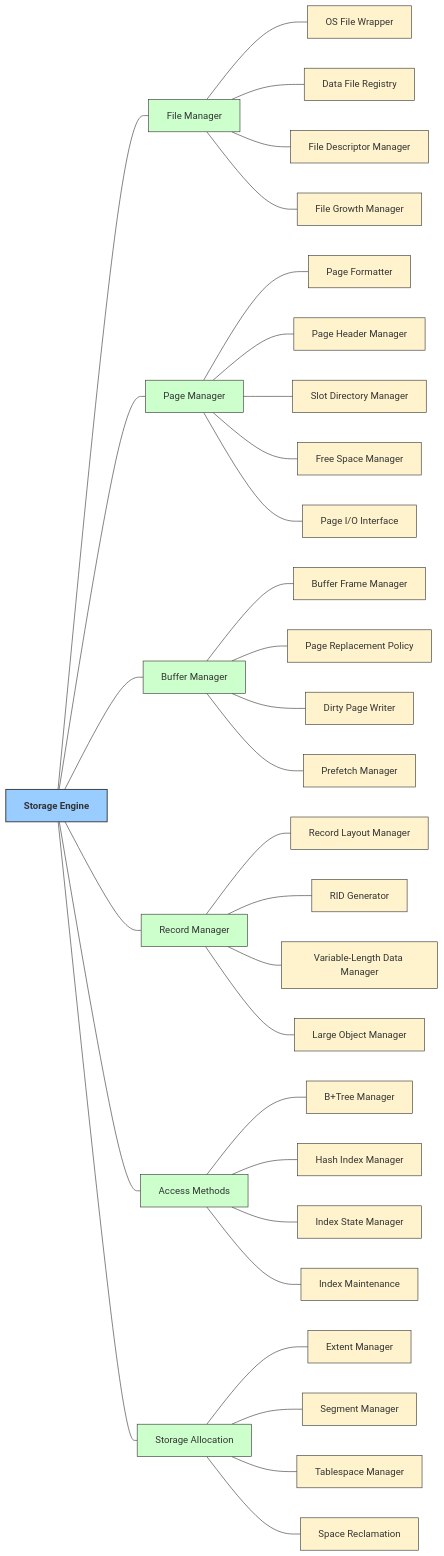
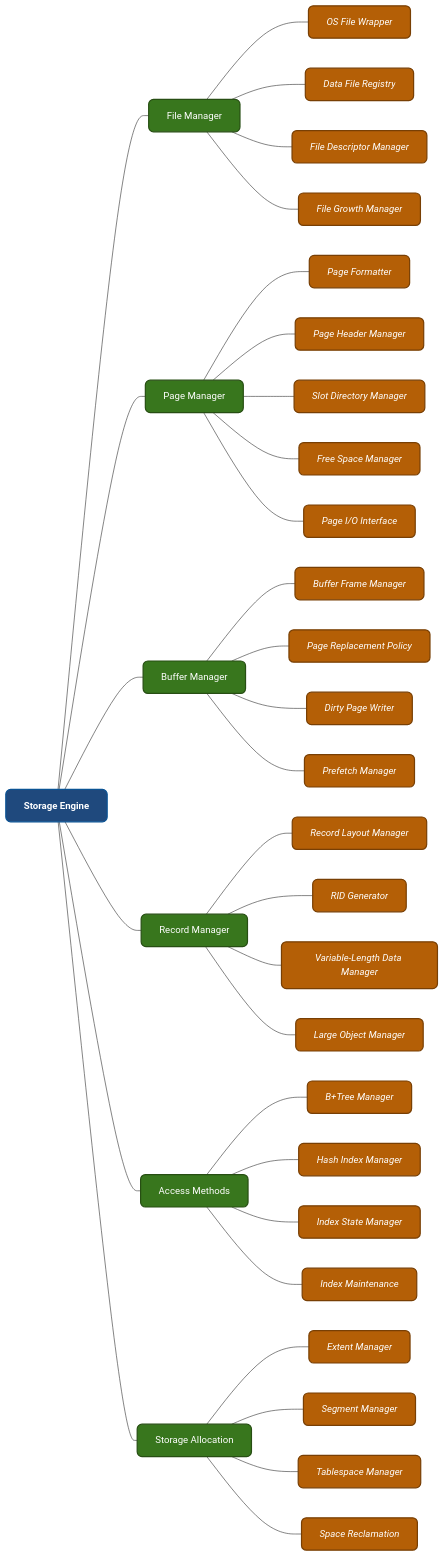
Before and after one commit to Ricky13170/DBMS: the first of 8 diagrams in docs/architcture/DBMS_layer3.md, drawn with Mermaid. The commit also changed other lines of this file, not shown here.

````diff
--- a/docs/architcture/DBMS_layer3.md
+++ b/docs/architcture/DBMS_layer3.md
@@ -8,53 +8,53 @@
 ```mermaid
 graph LR
-    classDef layer1 fill:#99ccff,stroke:#333,stroke-width:1.5px,font-weight:bold;
-    classDef layer2 fill:#ccffcc,stroke:#333,stroke-width:1px;
-    classDef layer3 fill:#fff3cd,stroke:#333,stroke-width:1px;
+    classDef layer1 fill:#1f497d,color:#ffffff,stroke:#0b5394,stroke-width:2px,font-weight:bold,rx:8,ry:8;
+    classDef layer2 fill:#38761d,color:#ffffff,stroke:#274e13,stroke-width:2px,rx:8,ry:8;
+    classDef layer3 fill:#b45f06,color:#ffffff,stroke:#783f04,stroke-width:2px,font-style:italic,rx:8,ry:8;
 
     ROOT[Storage Engine]:::layer1
 
     FM[File Manager]:::layer2
     PM[Page Manager]:::layer2
     BM[Buffer Manager]:::layer2
     RM[Record Manager]:::layer2
     AM[Access Methods]:::layer2
     SA[Storage Allocation]:::layer2
 
     ROOT --- FM
     ROOT --- PM
     ROOT --- BM
     ROOT --- RM
     ROOT --- AM
     ROOT --- SA
 
     FM --- FM1[OS File Wrapper]:::layer3
     FM --- FM2[Data File Registry]:::layer3
     FM --- FM3[File Descriptor Manager]:::layer3
     FM --- FM4[File Growth Manager]:::layer3
 
     PM --- PM1[Page Formatter]:::layer3
     PM --- PM2[Page Header Manager]:::layer3
     PM --- PM3[Slot Directory Manager]:::layer3
     PM --- PM4[Free Space Manager]:::layer3
     PM --- PM5[Page I/O Interface]:::layer3
 
     BM --- BM1[Buffer Frame Manager]:::layer3
     BM --- BM2[Page Replacement Policy]:::layer3
     BM --- BM3[Dirty Page Writer]:::layer3
     BM --- BM4[Prefetch Manager]:::layer3
 
     RM --- RM1[Record Layout Manager]:::layer3
     RM --- RM2[RID Generator]:::layer3
     RM --- RM3[Variable-Length Data Manager]:::layer3
     RM --- RM4[Large Object Manager]:::layer3
 
     AM --- AM1[B+Tree Manager]:::layer3
     AM --- AM2[Hash Index Manager]:::layer3
     AM --- AM3[Index State Manager]:::layer3
     AM --- AM4[Index Maintenance]:::layer3
 
     SA --- SA1[Extent Manager]:::layer3
     SA --- SA2[Segment Manager]:::layer3
     SA --- SA3[Tablespace Manager]:::layer3
     SA --- SA4[Space Reclamation]:::layer3
 ```
````
